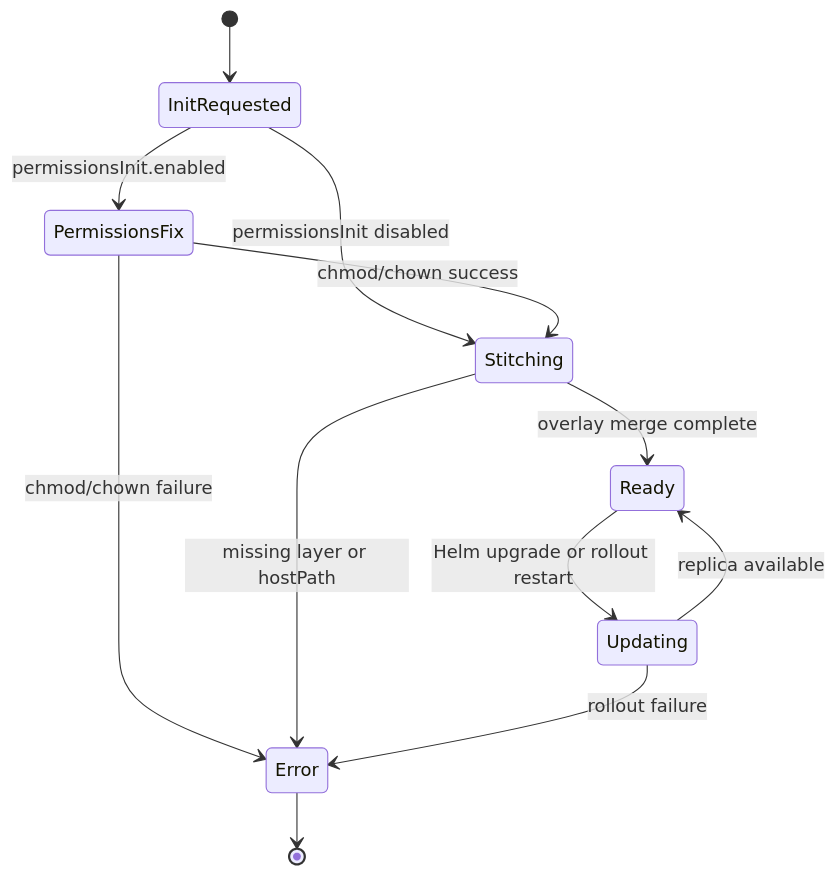
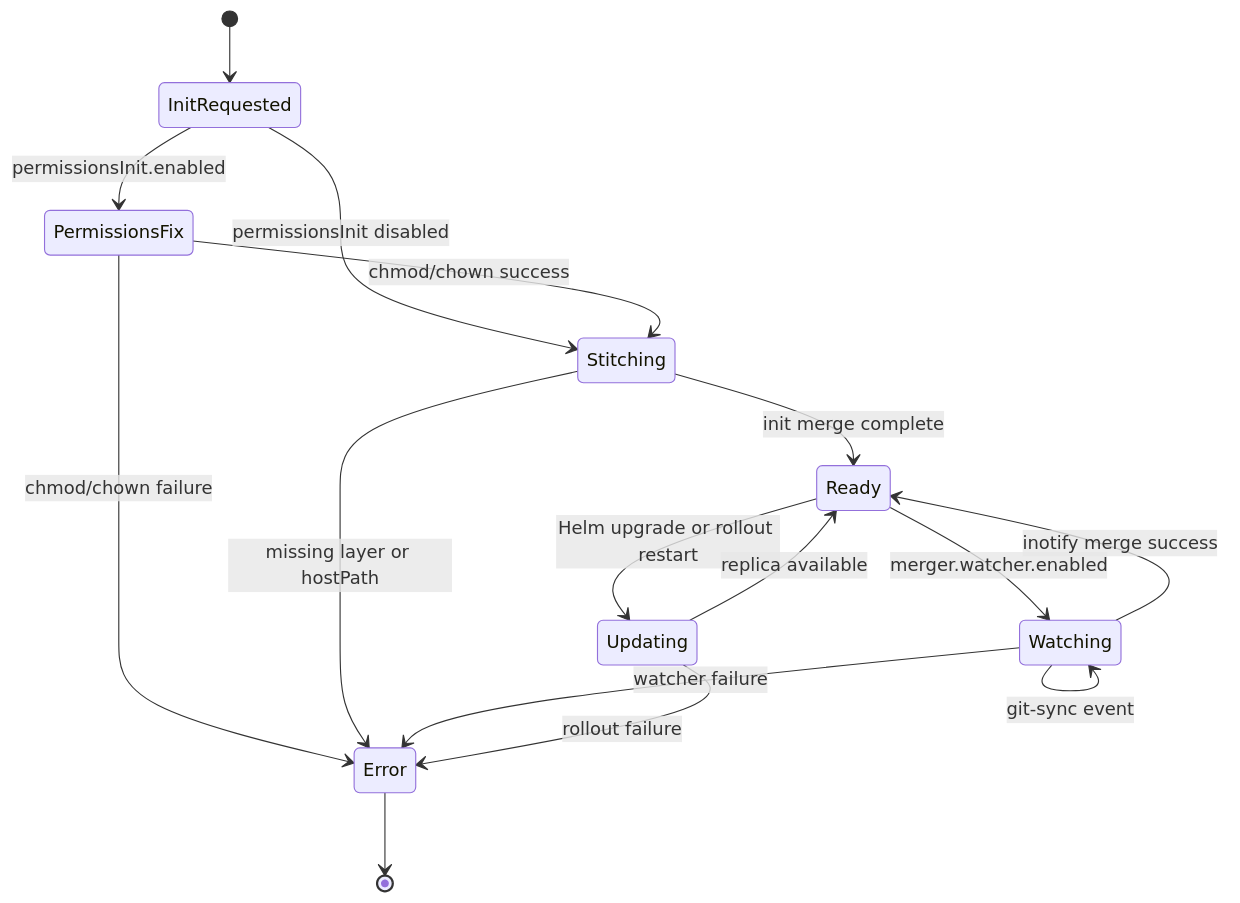
Before and after one commit to UDL-TF/TF2Chart: the third of 3 diagrams in README.md, drawn with Mermaid. The commit also changed other lines of this file and 4 other files, not shown here.

Commit message:
Bump chart version to 0.2.0 and add merger watcher sidecar with dynamic file merging capabilities

````diff
--- a/README.md
+++ b/README.md
@@ -78,14 +90,18 @@
 ```mermaid
 stateDiagram-v2
   [*] --> InitRequested
   InitRequested --> PermissionsFix : permissionsInit.enabled
   InitRequested --> Stitching : permissionsInit disabled
   PermissionsFix --> Stitching : chmod/chown success
   PermissionsFix --> Error : chmod/chown failure
-  Stitching --> Ready : overlay merge complete
+  Stitching --> Ready : init merge complete
   Stitching --> Error : missing layer or hostPath
+  Ready --> Watching : merger.watcher.enabled
   Ready --> Updating : Helm upgrade or rollout restart
+  Watching --> Ready : inotify merge success
+  Watching --> Error : watcher failure
+  Watching --> Watching : git-sync event
   Updating --> Ready : replica available
   Updating --> Error : rollout failure
   Error --> [*]
 ```
````
